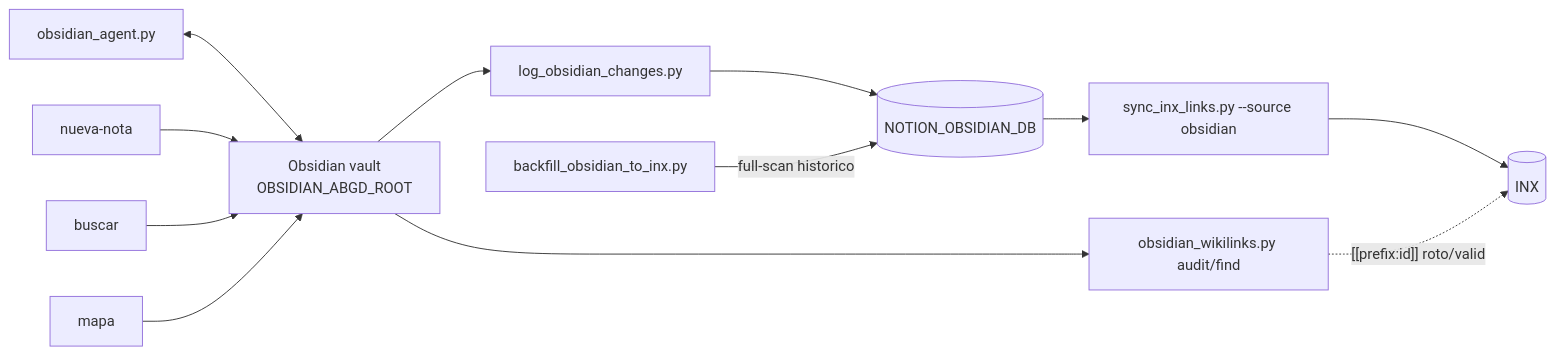
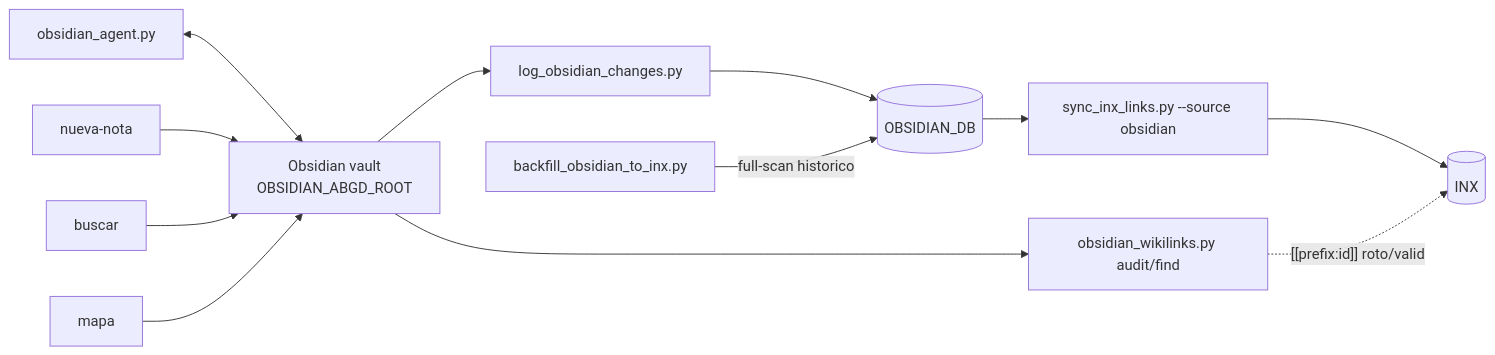
Before and after one commit to dalarconrub/coworkia: the seventh of 11 diagrams in docs/pipeline-atlas.md, drawn with Mermaid. The commit also changed other lines of this file and 45 other files, not shown here.

````diff
--- a/docs/pipeline-atlas.md
+++ b/docs/pipeline-atlas.md
@@ -194,18 +194,18 @@
 ```mermaid
 flowchart LR
     VAULT[Obsidian vault<br/>OBSIDIAN_ABGD_ROOT]
     AGENT[obsidian_agent.py] <--> VAULT
     CREATE[nueva-nota] --> VAULT
     SEARCH[buscar] --> VAULT
     MAPA[mapa] --> VAULT
 
     VAULT --> LOG[log_obsidian_changes.py]
-    LOG --> OBS_DB[(NOTION_OBSIDIAN_DB)]
+    LOG --> OBS_DB[(OBSIDIAN_DB)]
     OBS_DB --> SYNC_OBS[sync_inx_links.py --source obsidian]
     SYNC_OBS --> INX[(INX)]
 
     BACKFILL[backfill_obsidian_to_inx.py] -->|full-scan historico| OBS_DB
 
     VAULT --> WIKI[obsidian_wikilinks.py audit/find]
     WIKI -.[[prefix:id]] roto/valido.-> INX
 ```
````
